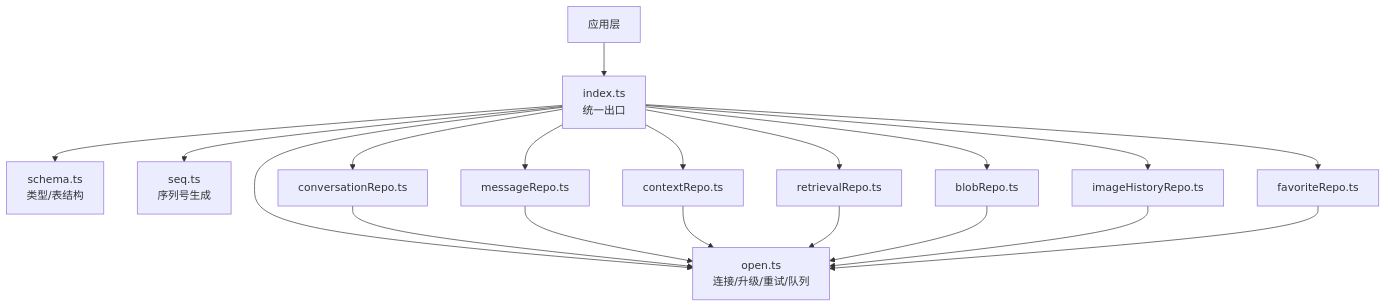
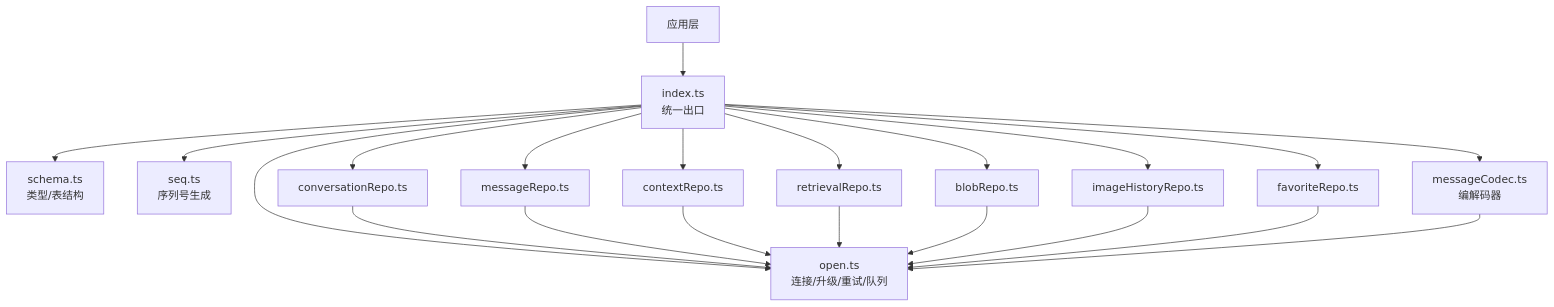
Before and after one commit to billye220670/AIShop: the first of 11 diagrams in .qoder/repowiki/zh/content/数据持久化/数据库层/数据库层.md, drawn with Mermaid. The commit also changed other lines of this file and 42 other files, not shown here.

````diff
--- a/.qoder/repowiki/zh/content/数据持久化/数据库层/数据库层.md
+++ b/.qoder/repowiki/zh/content/数据持久化/数据库层/数据库层.md
@@ -47,21 +62,23 @@
 ```mermaid
 graph TB
 A["应用层"] --> B["index.ts<br/>统一出口"]
 B --> C["open.ts<br/>连接/升级/重试/队列"]
 B --> D["schema.ts<br/>类型/表结构"]
 B --> E["seq.ts<br/>序列号生成"]
 B --> F["conversationRepo.ts"]
 B --> G["messageRepo.ts"]
 B --> H["contextRepo.ts"]
 B --> I["retrievalRepo.ts"]
 B --> J["blobRepo.ts"]
 B --> K["imageHistoryRepo.ts"]
 B --> L["favoriteRepo.ts"]
+B --> M["messageCodec.ts<br/>编解码器"]
 F --> C
 G --> C
 H --> C
 I --> C
 J --> C
 K --> C
 L --> C
+M --> C
 ```
````
